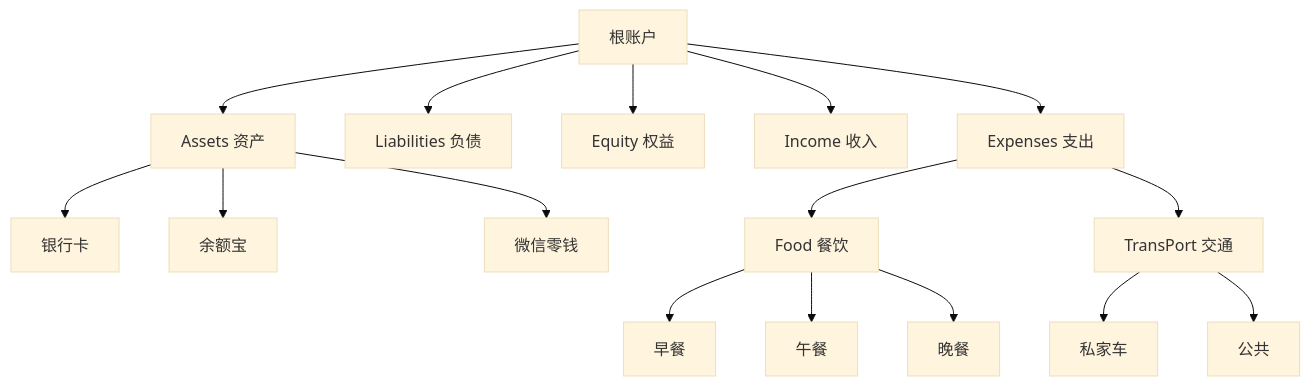
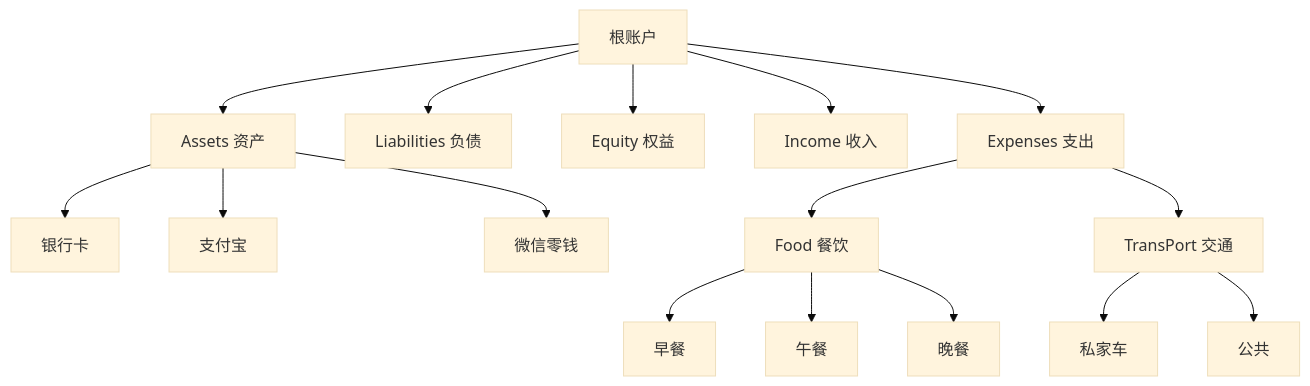
One commit to dhr2333/Beancount-Trans-Docs changed the diagram in docs/02-用户指南/02-账户.md. Above: the diagram before and after it, drawn with Mermaid (base theme). The commit also changed other lines of this file and 4 other files, not shown here.

````diff
--- a/docs/02-用户指南/02-账户.md
+++ b/docs/02-用户指南/02-账户.md
@@ -25,21 +30,21 @@
 ```mermaid
 graph TD
     A[根账户] --> B[Assets 资产]
     A --> C[Liabilities 负债] 
     A --> D[Equity 权益]
     A --> E[Income 收入]
     A --> F[Expenses 支出]
     
     B --> B1[银行卡]
-    B --> B2[余额宝]
+    B --> B2[支付宝]
     B --> B3[微信零钱]
     
     F --> F1[Food 餐饮]
     F1 --> F11[早餐]
     F1 --> F12[午餐]
     F1 --> F13[晚餐]
     
     F --> T1[TransPort 交通]
     T1 --> T11[私家车]
     T1 --> T12[公共]
 ```
````
